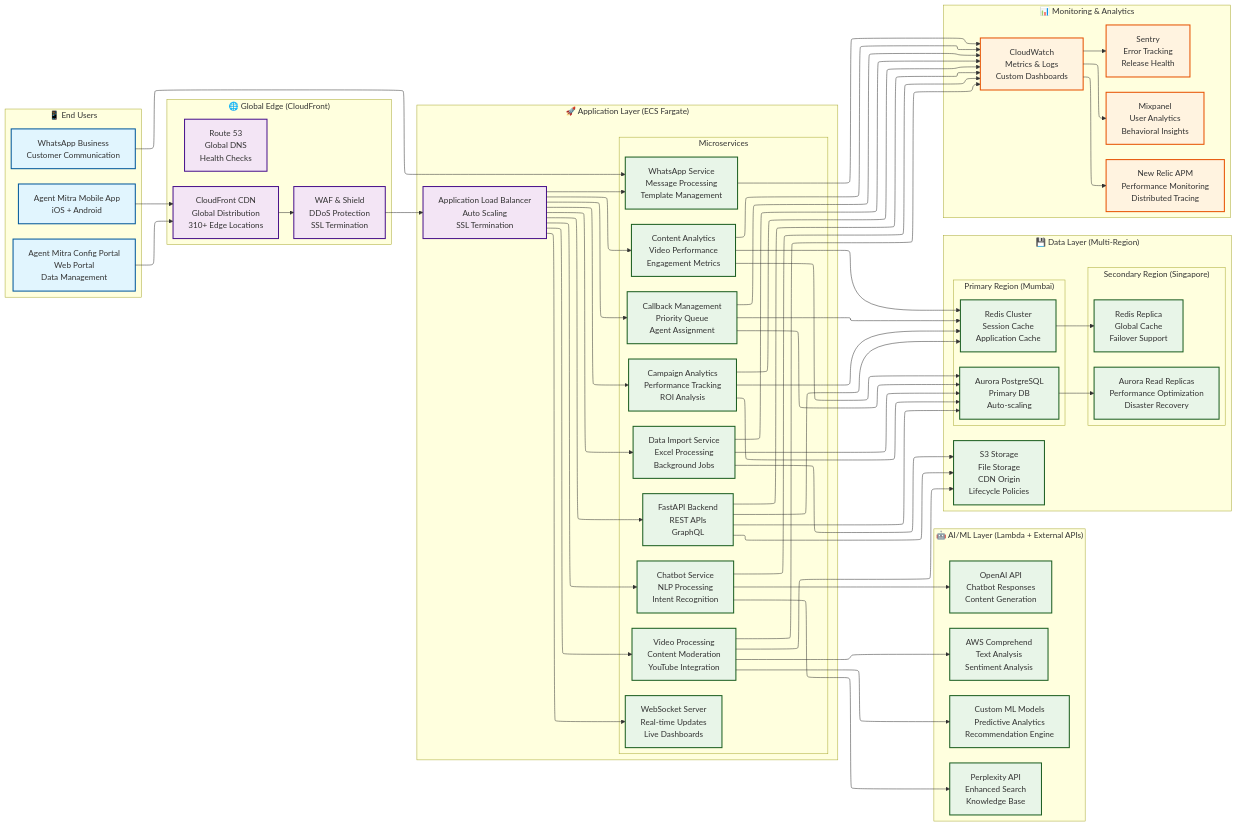
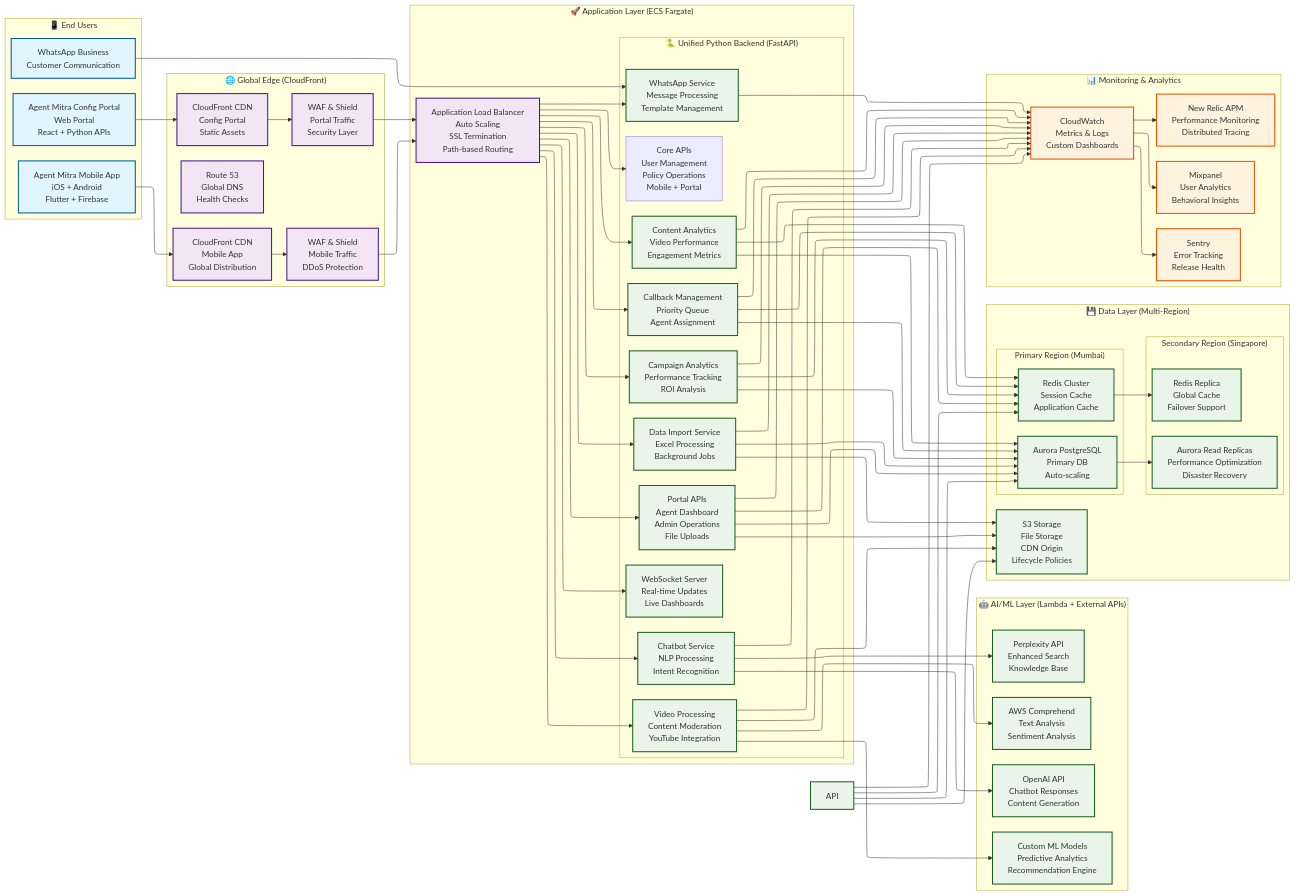
The first of 16 diagrams in discovery/deployment/deployment-design.md (manizvlabs/agentmitra), drawn with Mermaid before and after one commit. The commit also changed other lines of this file, not shown here.

First line of the commit message:
refactor: unify backend architecture - remove Node.js backend, keep React frontend

```diff
--- a/discovery/deployment/deployment-design.md
+++ b/discovery/deployment/deployment-design.md
@@ -47,17 +47,20 @@
 ---
 flowchart LR
  subgraph subGraph0["📱 End Users"]
-        Mobile["Agent Mitra Mobile App<br>iOS + Android"]
-        Portal["Agent Mitra Config Portal<br>Web Portal<br>Data Management"]
+        Mobile["Agent Mitra Mobile App<br>iOS + Android<br>Flutter + Firebase"]
+        Portal["Agent Mitra Config Portal<br>Web Portal<br>React + Python APIs"]
         WhatsApp["WhatsApp Business<br>Customer Communication"]
   end
  subgraph subGraph1["🌐 Global Edge (CloudFront)"]
-        CDN["CloudFront CDN<br>Global Distribution<br>310+ Edge Locations"]
-        WAF["WAF &amp; Shield<br>DDoS Protection<br>SSL Termination"]
+        CDNMobile["CloudFront CDN<br>Mobile App<br>Global Distribution"]
+        CDNPortal["CloudFront CDN<br>Config Portal<br>Static Assets"]
+        WAFMobile["WAF & Shield<br>Mobile Traffic<br>DDoS Protection"]
+        WAFPortal["WAF & Shield<br>Portal Traffic<br>Security Layer"]
         Route53["Route 53<br>Global DNS<br>Health Checks"]
   end
- subgraph Microservices["Microservices"]
-        API["FastAPI Backend<br>REST APIs<br>GraphQL"]
+ subgraph Microservices["🐍 Unified Python Backend (FastAPI)"]
+        CoreAPI["Core APIs<br>User Management<br>Policy Operations<br>Mobile + Portal"]
+        PortalAPI["Portal APIs<br>Agent Dashboard<br>Admin Operations<br>File Uploads"]
         Chatbot["Chatbot Service<br>NLP Processing<br>Intent Recognition"]
         WhatsAppSvc["WhatsApp Service<br>Message Processing<br>Template Management"]
         VideoSvc["Video Processing<br>Content Moderation<br>YouTube Integration"]
@@ -68,7 +71,7 @@
         RealtimeSvc["WebSocket Server<br>Real-time Updates<br>Live Dashboards"]
   end
  subgraph subGraph3["🚀 Application Layer (ECS Fargate)"]
-        ALB["Application Load Balancer<br>Auto Scaling<br>SSL Termination"]
+        ALB["Application Load Balancer<br>Auto Scaling<br>SSL Termination<br>Path-based Routing"]
         Microservices
   end
  subgraph subGraph4["🤖 AI/ML Layer (Lambda + External APIs)"]
@@ -96,13 +99,20 @@
         Sentry["Sentry<br>Error Tracking<br>Release Health"]
         Mixpanel["Mixpanel<br>User Analytics<br>Behavioral Insights"]
   end
-    Mobile --> CDN
-    Portal --> CDN
+    Mobile --> CDNMobile
+    Portal --> CDNPortal
     WhatsApp --> WhatsAppSvc
-    CDN --> WAF
-    WAF --> ALB
-    ALB --> API & Chatbot & WhatsAppSvc & VideoSvc & DataImportSvc & CallbackSvc & CampaignSvc & ContentSvc & RealtimeSvc
+
+    CDNMobile --> WAFMobile
+    CDNPortal --> WAFPortal
+
+            WAFMobile --> ALB
+            WAFPortal --> ALB
+
+            ALB --> CoreAPI & PortalAPI & Chatbot & WhatsAppSvc & VideoSvc & DataImportSvc & CallbackSvc & CampaignSvc & ContentSvc & RealtimeSvc
+
     API --> AuroraPrimary & RedisPrimary & S3 & CloudWatch
+    PortalAPI --> AuroraPrimary & RedisPrimary & S3 & CloudWatch
     Chatbot --> OpenAI & Perplexity & CloudWatch
     VideoSvc --> AWSComprehend & CustomML & S3 & CloudWatch
     DataImportSvc --> AuroraPrimary & S3 & CloudWatch
@@ -116,10 +126,13 @@
      Mobile:::primary
      Portal:::primary
      WhatsApp:::primary
-     CDN:::secondary
-     WAF:::secondary
+     CDNMobile:::secondary
+     CDNPortal:::secondary
+     WAFMobile:::secondary
+     WAFPortal:::secondary
      Route53:::secondary
      API:::infra
+     PortalAPI:::infra
      Chatbot:::infra
      WhatsAppSvc:::infra
      VideoSvc:::infra
@@ -128,7 +141,7 @@
      CampaignSvc:::infra
      ContentSvc:::infra
      RealtimeSvc:::infra
-     ALB:::secondary
+             ALB:::secondary
      OpenAI:::infra
      Perplexity:::infra
      AWSComprehend:::infra
```
